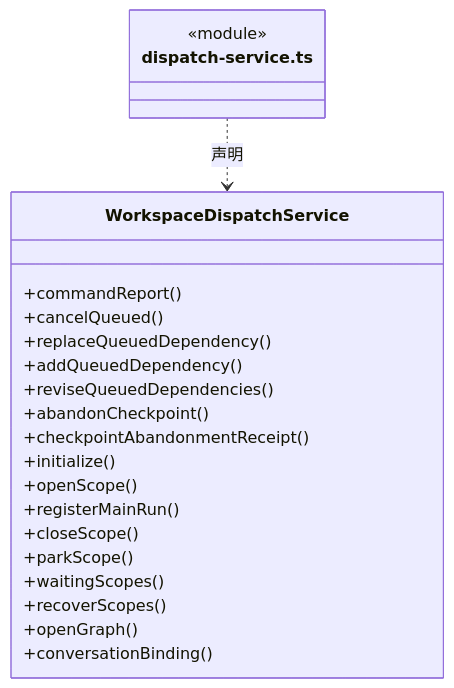
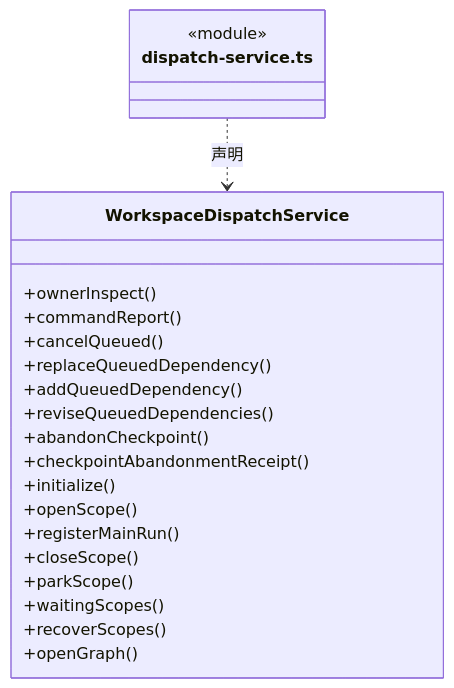
The seventh of 15 diagrams in src/logic/dispatch/runtime/ARCHITECTURE.md (nan023062/cbim), drawn with Mermaid before and after one commit. The commit also changed other lines of this file and 139 other files, not shown here.

Commit message:
docs(architecture): add source reading paths and complete file inventories

````diff
--- a/src/logic/dispatch/runtime/ARCHITECTURE.md
+++ b/src/logic/dispatch/runtime/ARCHITECTURE.md
@@ -221,25 +239,25 @@
 ```mermaid
 classDiagram
 class N_src_logic_dispatch_runtime_dispatch_service_ts["dispatch-service.ts"] {
   <<module>>
 }
 class N_src_logic_dispatch_runtime_dispatch_service_ts_WorkspaceDispatchService["WorkspaceDispatchService"] {
+  +ownerInspect()
   +commandReport()
   +cancelQueued()
   +replaceQueuedDependency()
   +addQueuedDependency()
   +reviseQueuedDependencies()
   +abandonCheckpoint()
   +checkpointAbandonmentReceipt()
   +initialize()
   +openScope()
   +registerMainRun()
   +closeScope()
   +parkScope()
   +waitingScopes()
   +recoverScopes()
   +openGraph()
-  +conversationBinding()
 }
 N_src_logic_dispatch_runtime_dispatch_service_ts ..> N_src_logic_dispatch_runtime_dispatch_service_ts_WorkspaceDispatchService : 声明
 ```
````
